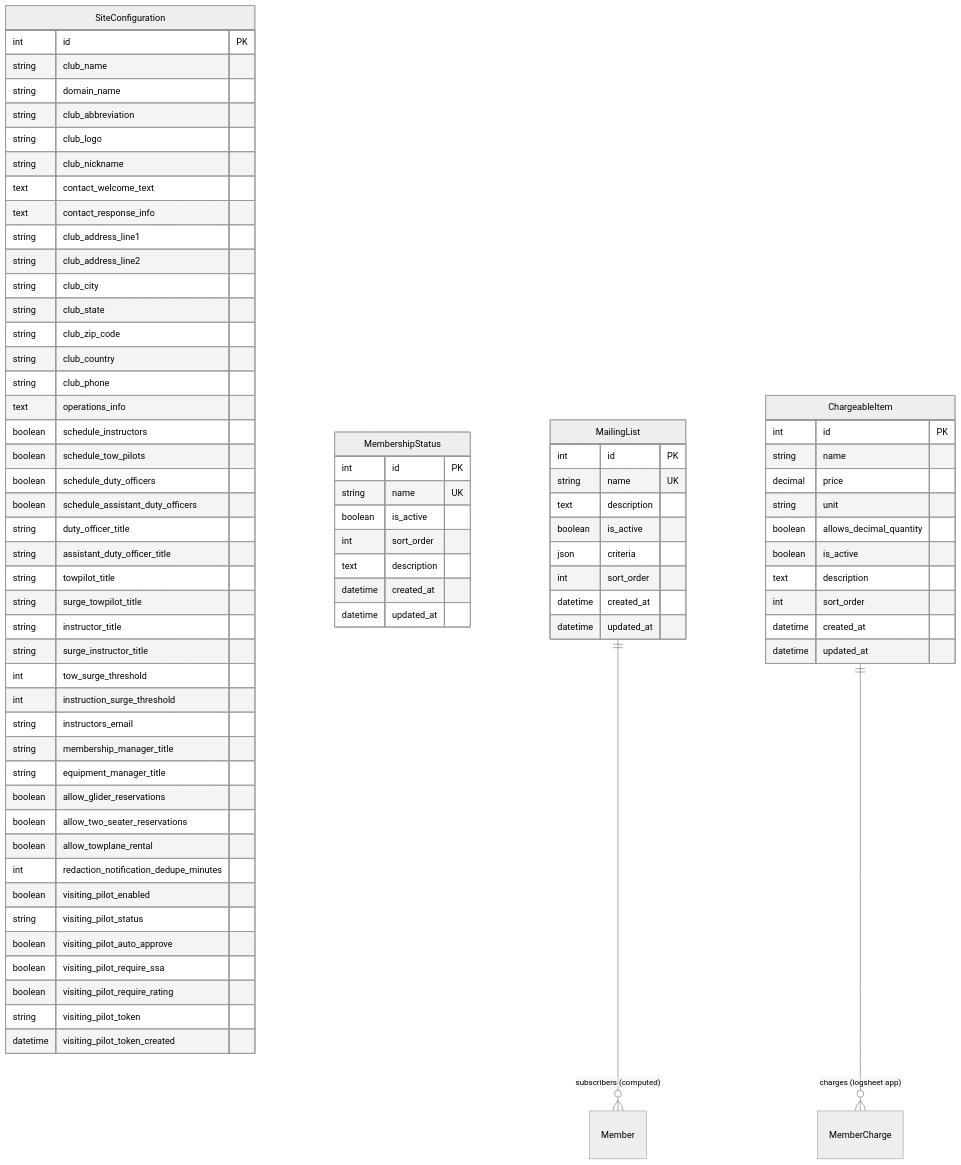
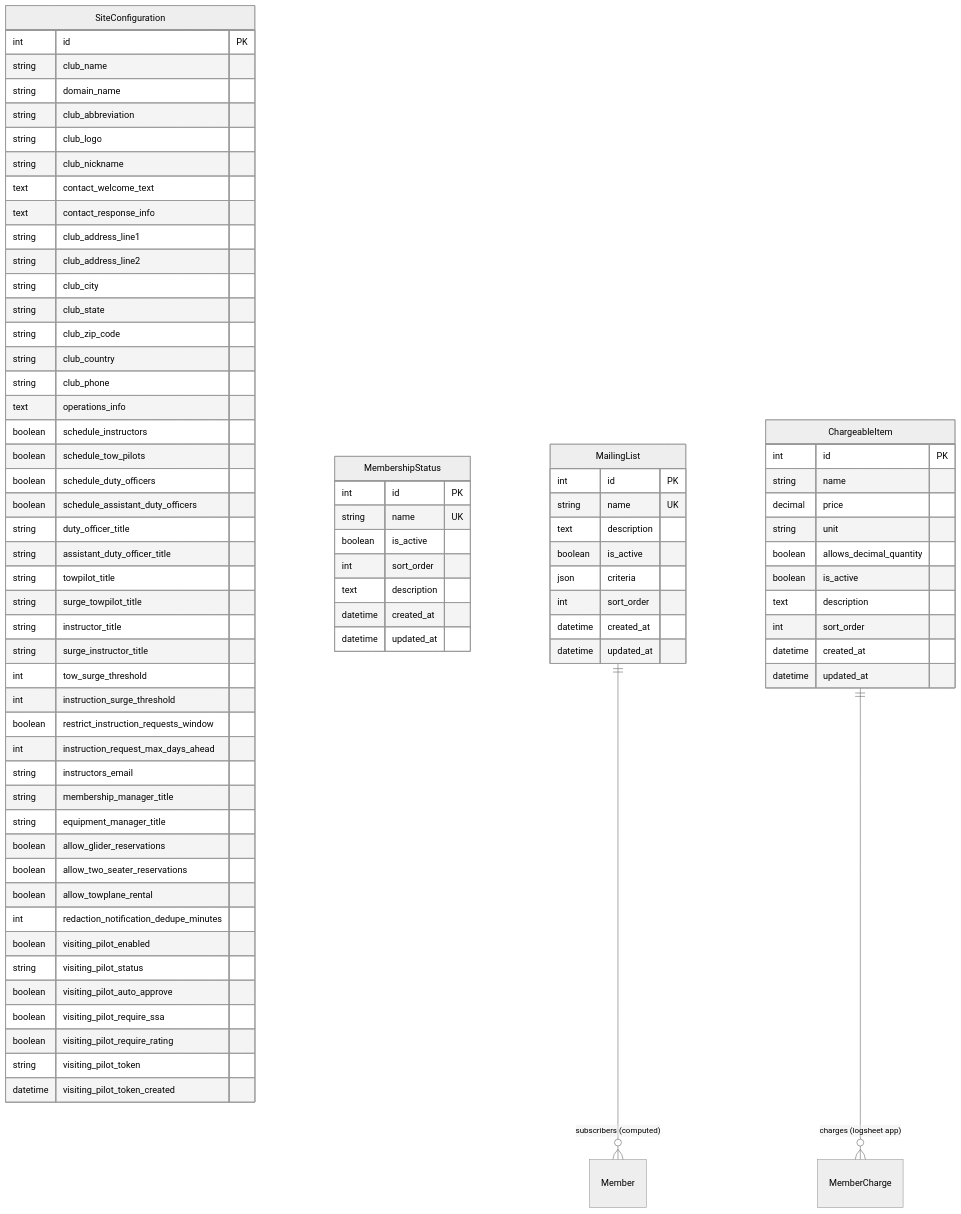
Before and after one commit to pietbarber/Manage2Soar: the diagram in siteconfig/docs/models.md, drawn with Mermaid (neutral theme). The commit also changed other lines of this file and 5 other files, not shown here.

```diff
--- a/siteconfig/docs/models.md
+++ b/siteconfig/docs/models.md
@@ -37,6 +37,8 @@
         string surge_instructor_title
         int tow_surge_threshold
         int instruction_surge_threshold
+        boolean restrict_instruction_requests_window
+        int instruction_request_max_days_ahead
         string instructors_email
         string membership_manager_title
         string equipment_manager_title
```
